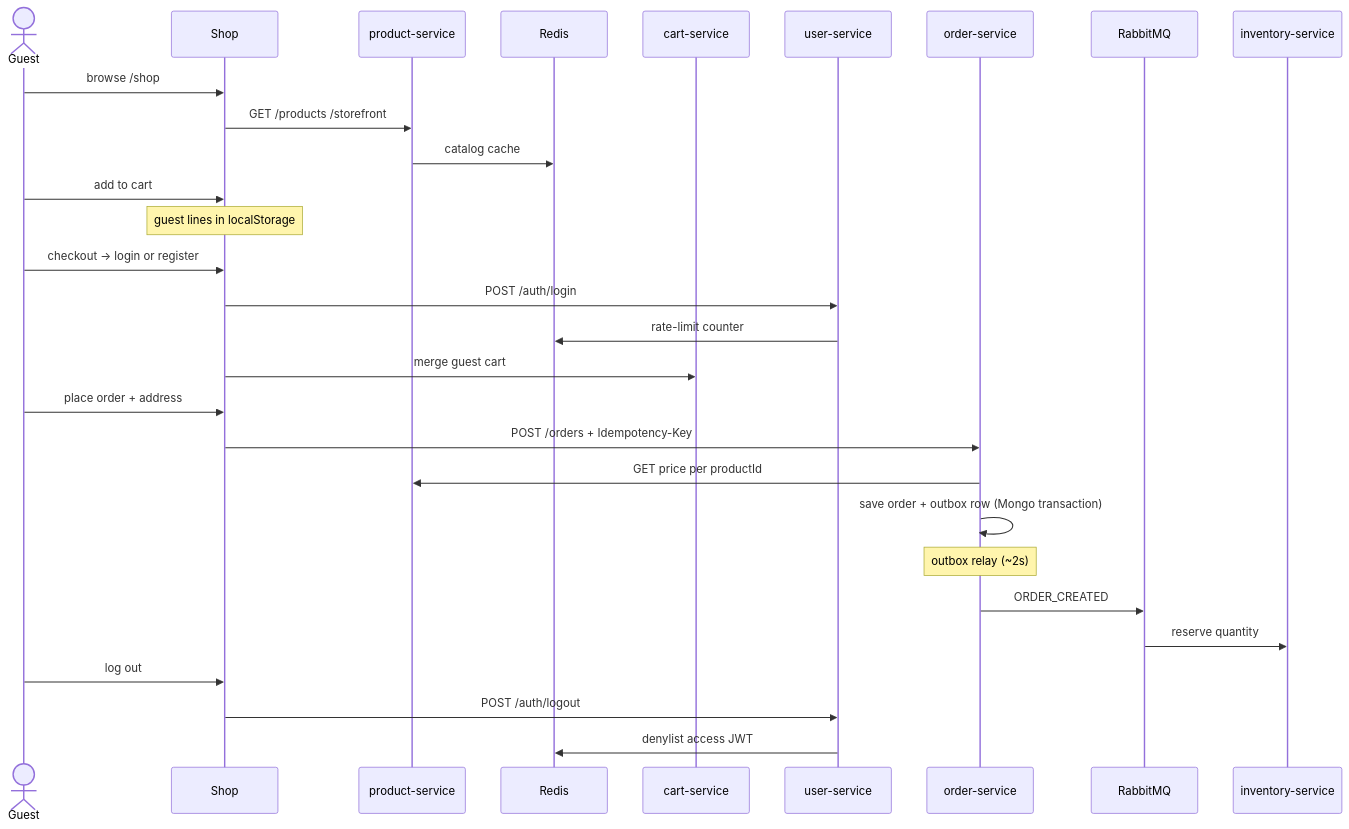
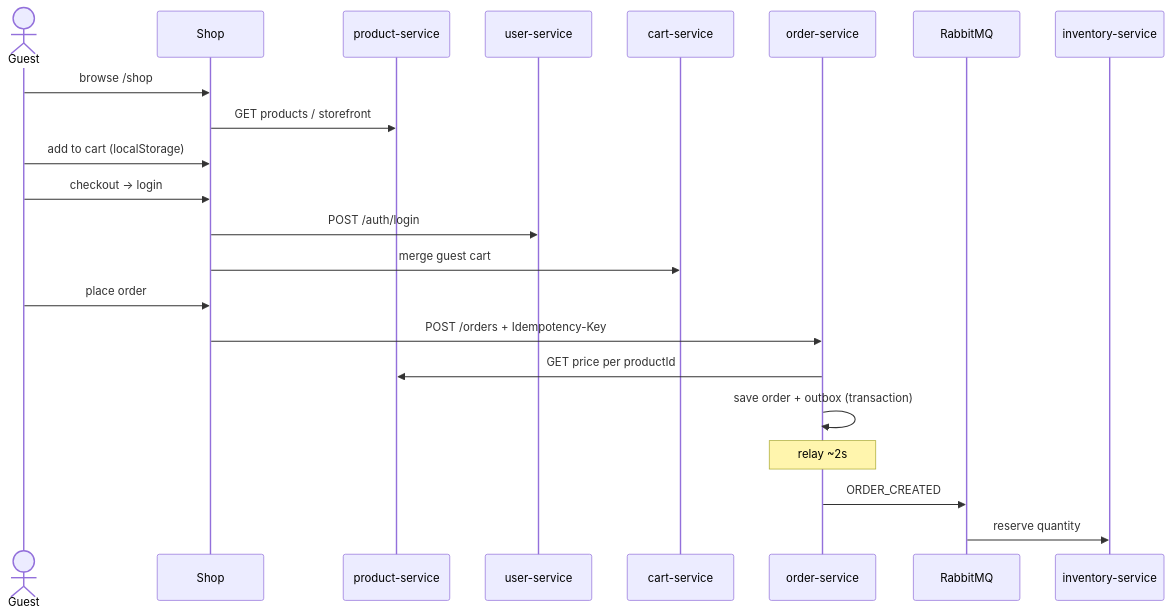
The second of 2 diagrams in docs/architecture.md (dipunjan/core-platform), drawn with Mermaid before and after one commit. The commit also changed other lines of this file and 44 other files, not shown here.

````diff
--- a/docs/architecture.md
+++ b/docs/architecture.md
@@ -76,32 +77,25 @@
 ```mermaid
 sequenceDiagram
   actor Guest
   participant Shop
   participant Product as product-service
-  participant Redis
+  participant User as user-service
   participant CartAPI as cart-service
-  participant User as user-service
   participant Order as order-service
   participant Rabbit as RabbitMQ
   participant Stock as inventory-service
 
   Guest->>Shop: browse /shop
-  Shop->>Product: GET /products /storefront
-  Product->>Redis: catalog cache
-  Guest->>Shop: add to cart
-  Note over Shop: guest lines in localStorage
-  Guest->>Shop: checkout → login or register
+  Shop->>Product: GET products / storefront
+  Guest->>Shop: add to cart (localStorage)
+  Guest->>Shop: checkout → login
   Shop->>User: POST /auth/login
-  User->>Redis: rate-limit counter
   Shop->>CartAPI: merge guest cart
-  Guest->>Shop: place order + address
+  Guest->>Shop: place order
   Shop->>Order: POST /orders + Idempotency-Key
   Order->>Product: GET price per productId
-  Order->>Order: save order + outbox row (Mongo transaction)
-  Note over Order: outbox relay (~2s)
+  Order->>Order: save order + outbox (transaction)
+  Note over Order: relay ~2s
   Order->>Rabbit: ORDER_CREATED
   Rabbit->>Stock: reserve quantity
-  Guest->>Shop: log out
-  Shop->>User: POST /auth/logout
-  User->>Redis: denylist access JWT
 ```
````
